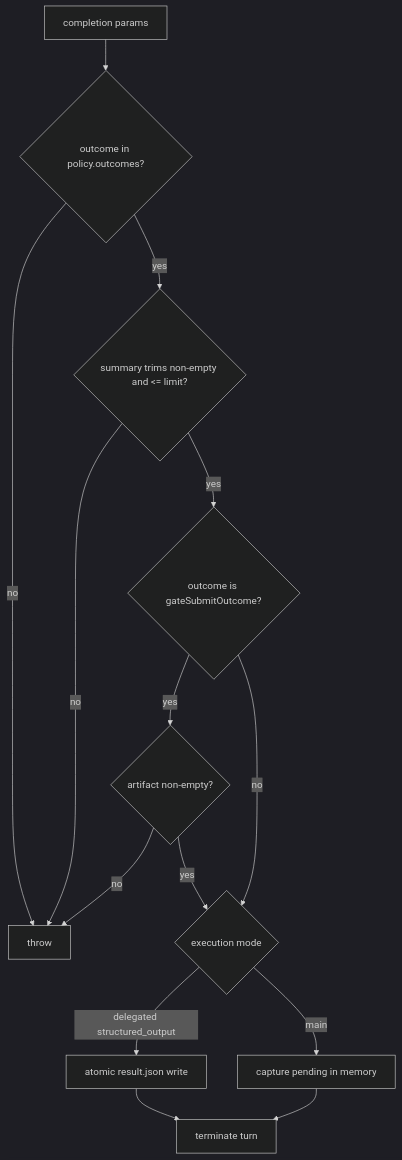
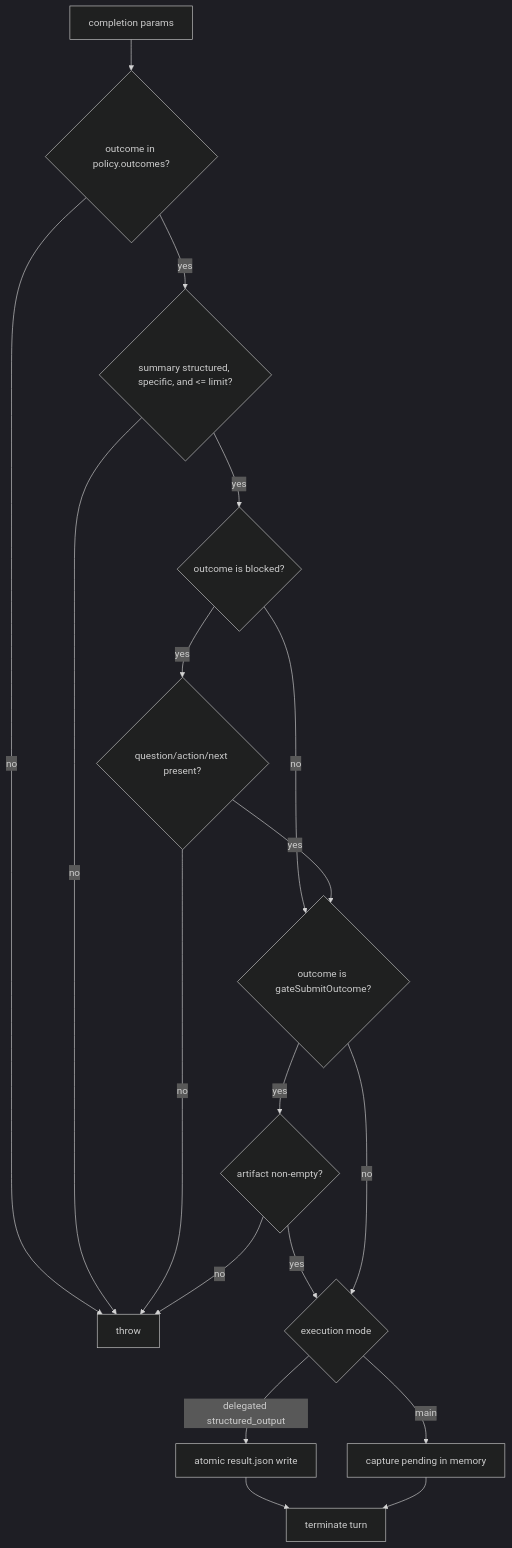
One commit to wichayutdew/pi-workflows changed the sixth of 7 diagrams in openwiki/security/policy-model.md. Above: the diagram before and after it, drawn with Mermaid (dark theme). The commit also changed other lines of this file and 4 other files, not shown here.

````diff
--- a/openwiki/security/policy-model.md
+++ b/openwiki/security/policy-model.md
@@ -104,16 +104,20 @@
 ```mermaid
 flowchart TD
   Complete[completion params] --> Outcome{outcome in policy.outcomes?}
   Outcome -- no --> Reject[throw]
-  Outcome -- yes --> Summary{summary trims non-empty and <= limit?}
+  Outcome -- yes --> Summary{summary structured, specific, and <= limit?}
   Summary -- no --> Reject
-  Summary -- yes --> Gate{outcome is gateSubmitOutcome?}
+  Summary -- yes --> BlockedOutcome{outcome is blocked?}
+  BlockedOutcome -- no --> Gate{outcome is gateSubmitOutcome?}
+  BlockedOutcome -- yes --> BlockedSummary{question/action/next present?}
+  BlockedSummary -- no --> Reject
+  BlockedSummary -- yes --> Gate
   Gate -- yes --> Artifact{artifact non-empty?}
   Artifact -- no --> Reject
   Artifact -- yes --> Mode{execution mode}
   Gate -- no --> Mode
   Mode -- delegated structured_output --> Write[atomic result.json write]
   Mode -- main --> Capture[capture pending in memory]
   Write --> Terminate[terminate turn]
   Capture --> Terminate
 ```
````
